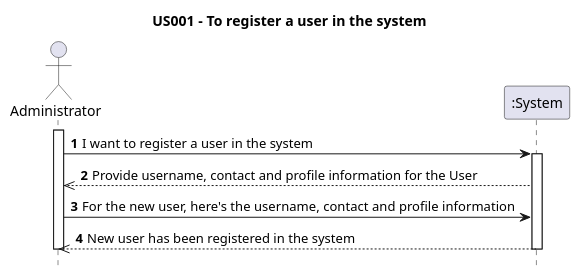
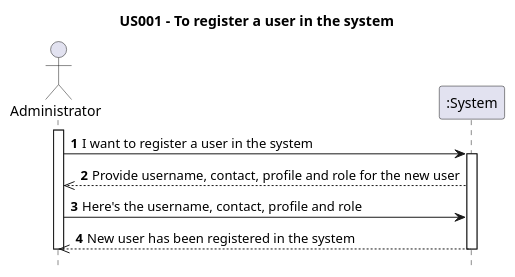
The diagram in Diagrams/SequenceDiagrams/N1/US001-to-register-a-user-in-the-system.puml (AndrePereiraGitH/SWitCH-Project-Team_A), drawn with PlantUML before and after one commit. The commit also changed 8 other files, not shown here.

Commit message:
Working on #244, updated diagrams, tests and created tests and class for UserFactory

```diff
--- a/Diagrams/SequenceDiagrams/N1/US001-to-register-a-user-in-the-system.puml
+++ b/Diagrams/SequenceDiagrams/N1/US001-to-register-a-user-in-the-system.puml
@@ -1,22 +1,22 @@
 @startuml
 
 hide footbox
 autonumber
 
 title US001 - To register a user in the system
 
 actor Administrator
 participant ":System" as System
 
 ' Human contact between Administrator and UI
 activate Administrator
     Administrator -> System : I want to register a user in the system
 
     activate System
-    System -->> Administrator : Provide username, contact and profile information for the User
-    Administrator -> System : For the new user, here's the username, contact and profile information
+    System -->> Administrator : Provide username, contact, profile and role for the new user
+    Administrator -> System : Here's the username, contact, profile and role
     System -->> Administrator : New user has been registered in the system
     deactivate System
 
 deactivate Administrator
 @enduml
```
